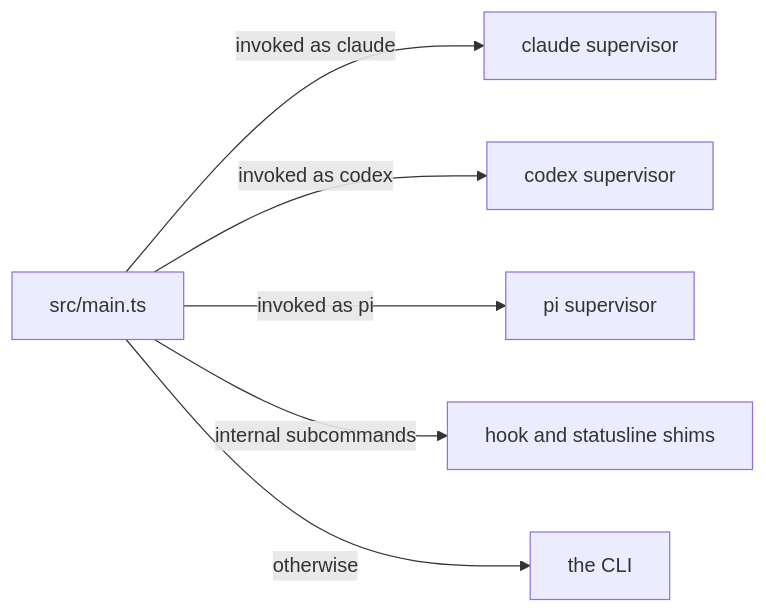
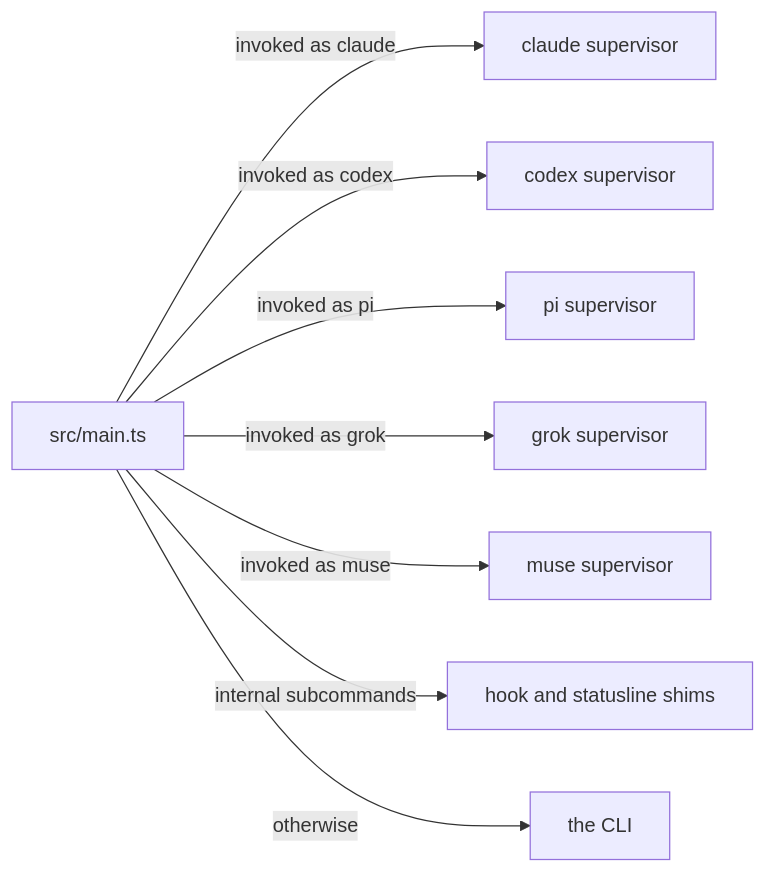
The first of 10 diagrams in docs/content/docs/architecture.mdx (anaclumos/tokenmaxxing), drawn with Mermaid before and after one commit. The commit also changed other lines of this file and 29 other files, not shown here.

````diff
--- a/docs/content/docs/architecture.mdx
+++ b/docs/content/docs/architecture.mdx
@@ -8,8 +8,10 @@
 ```mermaid
 flowchart LR
   main["src/main.ts"] -->|"invoked as claude"| cs["claude supervisor"]
   main -->|"invoked as codex"| xs["codex supervisor"]
   main -->|"invoked as pi"| ps["pi supervisor"]
+  main -->|"invoked as grok"| gs["grok supervisor"]
+  main -->|"invoked as muse"| ms["muse supervisor"]
   main -->|"internal subcommands"| sh["hook and statusline shims"]
   main -->|"otherwise"| cli["the CLI"]
 ```
````
